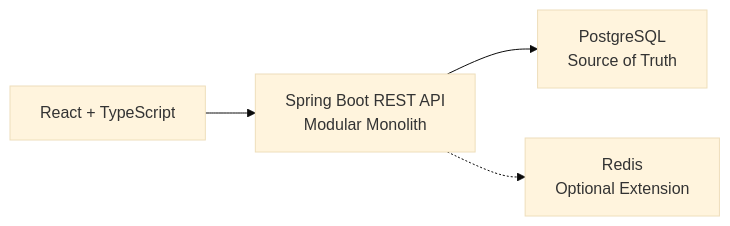
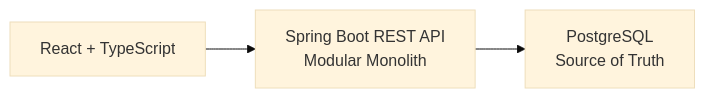
One commit to mqhoa/online-exam-system changed the second of 9 diagrams in docs/diagrams/plan.md. Above: the diagram before and after it, drawn with Mermaid (base theme). The commit also changed other lines of this file and 31 other files, not shown here.

Commit message:
feat: complete core system flows

````diff
--- a/docs/diagrams/plan.md
+++ b/docs/diagrams/plan.md
@@ -95,11 +94,9 @@
 ```mermaid
 flowchart LR
     FE["React + TypeScript"]
     API["Spring Boot REST API<br/>Modular Monolith"]
     PG["PostgreSQL<br/>Source of Truth"]
-    REDIS["Redis<br/>Optional Extension"]
 
     FE --> API
     API --> PG
-    API -.-> REDIS
 ```
````
